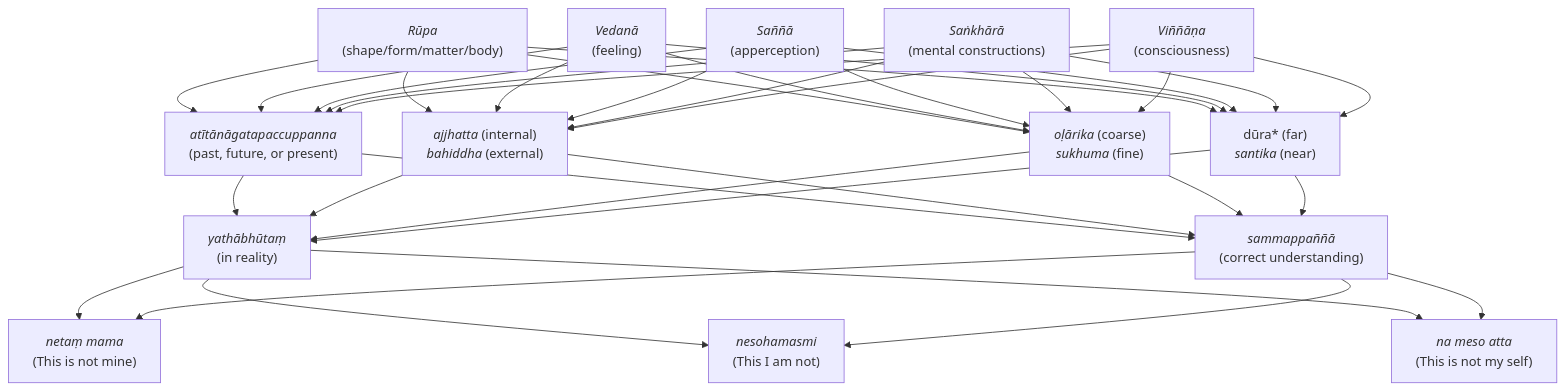
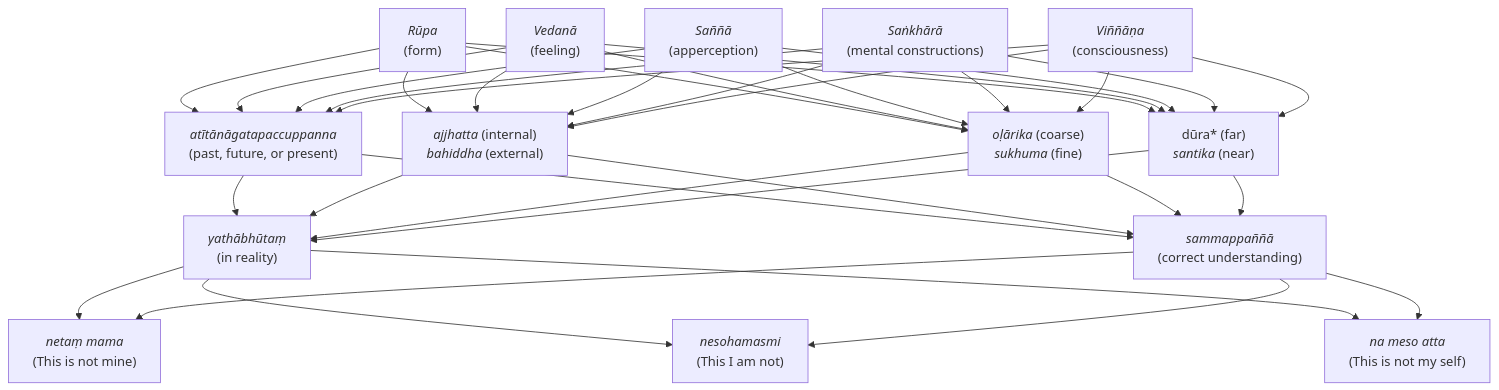
Before and after one commit to ChristineTham/buddhavacana: the first of 2 diagrams in src/content/docs/Sutta/collections.mdx, drawn with Mermaid. The commit also changed other lines of this file, not shown here.

````diff
--- a/src/content/docs/Sutta/collections.mdx
+++ b/src/content/docs/Sutta/collections.mdx
@@ -158,32 +158,32 @@
 ```mermaid
 graph
 R["`*Rūpa*
-(shape/form/matter/body)`"]
+(form)`"]
 V["`*Vedanā*
 (feeling)`"]
 S["`*Saññā*
 (apperception)`"]
 S2["`*Saṅkhārā*
 (mental constructions)`"]
 V2["`*Viññāṇa*
 (consciousness)`"]
 PFP["`*atītānāgatapaccuppanna*
 (past, future, or present)`"]
 IE["`*ajjhatta* (internal)
 *bahiddha* (external)`"]
 CF["`*oḷārika* (coarse)
 *sukhuma* (fine)`"]
 FN["`dūra* (far)
 *santika* (near)`"]
 Y["`*yathābhūtaṃ*
 (in reality)`"]
 SP["`*sammappaññā*
 (correct understanding)`"]
 R & V & S & S2 & V2 --> PFP & IE & CF & FN --> Y & SP --> E1 & E2 & E3
 E1["`*netaṃ mama*
 (This is not mine)`"]
 E2["`*nesohamasmi*
 (This I am not)`"]
 E3["`*na meso atta*
 (This is not my self)`"]
 ```
````
